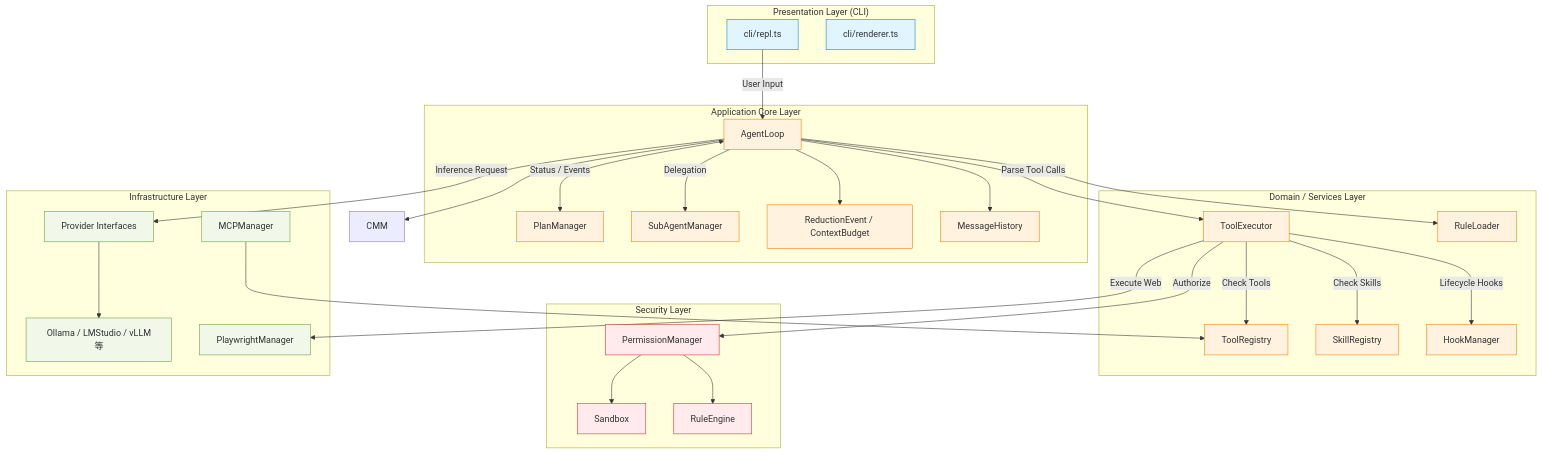
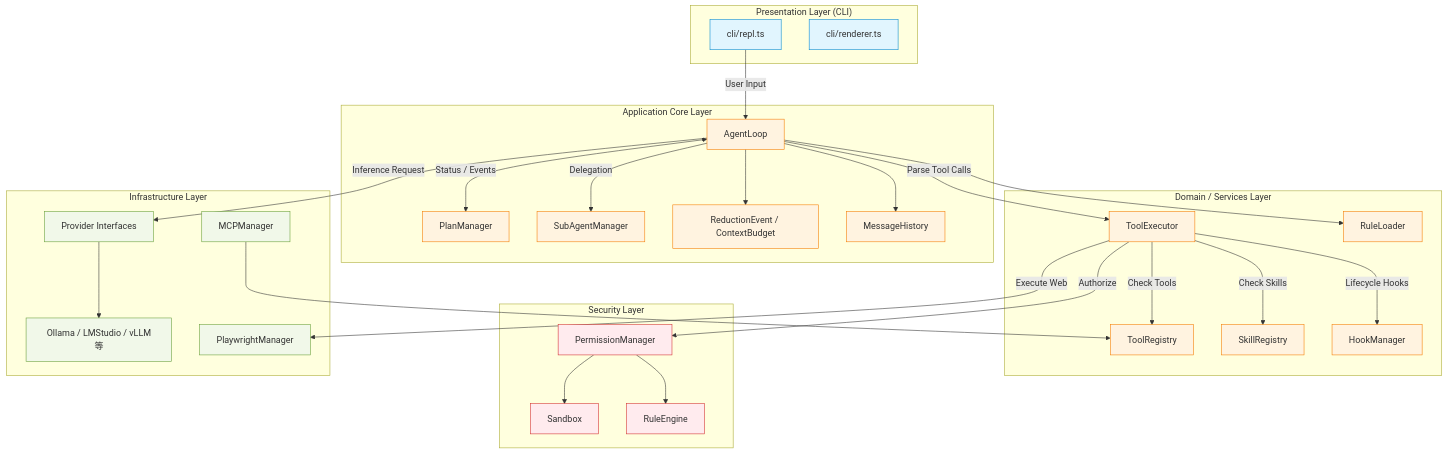
The first of 14 diagrams in docs/internal_design.md (t2k2pp/lllmAgents), drawn with Mermaid before and after one commit. The commit also changed other lines of this file and 30 other files, not shown here.

````diff
--- a/docs/internal_design.md
+++ b/docs/internal_design.md
@@ -13,64 +13,63 @@
 ```mermaid
 graph TD
     classDef ui fill:#e1f5fe,stroke:#0288d1;
     classDef core fill:#fff3e0,stroke:#f57c00;
     classDef infra fill:#f1f8e9,stroke:#689f38;
     classDef sec fill:#ffebee,stroke:#d32f2f;
 
     subgraph "Presentation Layer (CLI)"
         REPL[cli/repl.ts]:::ui
         Renderer[cli/renderer.ts]:::ui
     end
 
     subgraph "Application Core Layer"
         AL[AgentLoop]:::core
         PM[PlanManager]:::core
         SM[SubAgentManager]:::core
         CM[ReductionEvent / ContextBudget]:::core
         Mem[MessageHistory]:::core
     end
 
     subgraph "Domain / Services Layer"
         TR[ToolRegistry]:::core
         TE[ToolExecutor]:::core
         SR[SkillRegistry]:::core
         HM[HookManager]:::core
         RL[RuleLoader]:::core
     end
 
     subgraph "Security Layer"
         Perm[PermissionManager]:::sec
         Sand[Sandbox]:::sec
         RE[RuleEngine]:::sec
     end
 
     subgraph "Infrastructure Layer"
         Prov[Provider Interfaces]:::infra
         Clients[Ollama / LMStudio / vLLM等]:::infra
         Play[PlaywrightManager]:::infra
         MCP[MCPManager]:::infra
     end
 
     REPL --> |User Input| AL
     AL --> Mem
     AL --> CM
     AL <--> |Status / Events| PM
     AL --> |Delegation| SM
     AL --> |Inference Request| Prov
     Prov --> Clients
 
     AL --> |Parse Tool Calls| TE
     TE --> |Check Tools| TR
     TE --> |Check Skills| SR
     TE --> |Authorize| Perm
     TE --> |Lifecycle Hooks| HM
 
     Perm --> Sand
     Perm --> RE
 
     TE --> |Execute Web| Play
 
     AL --> RL
-    AL --> CMM
     MCP --> TR
 ```
````
